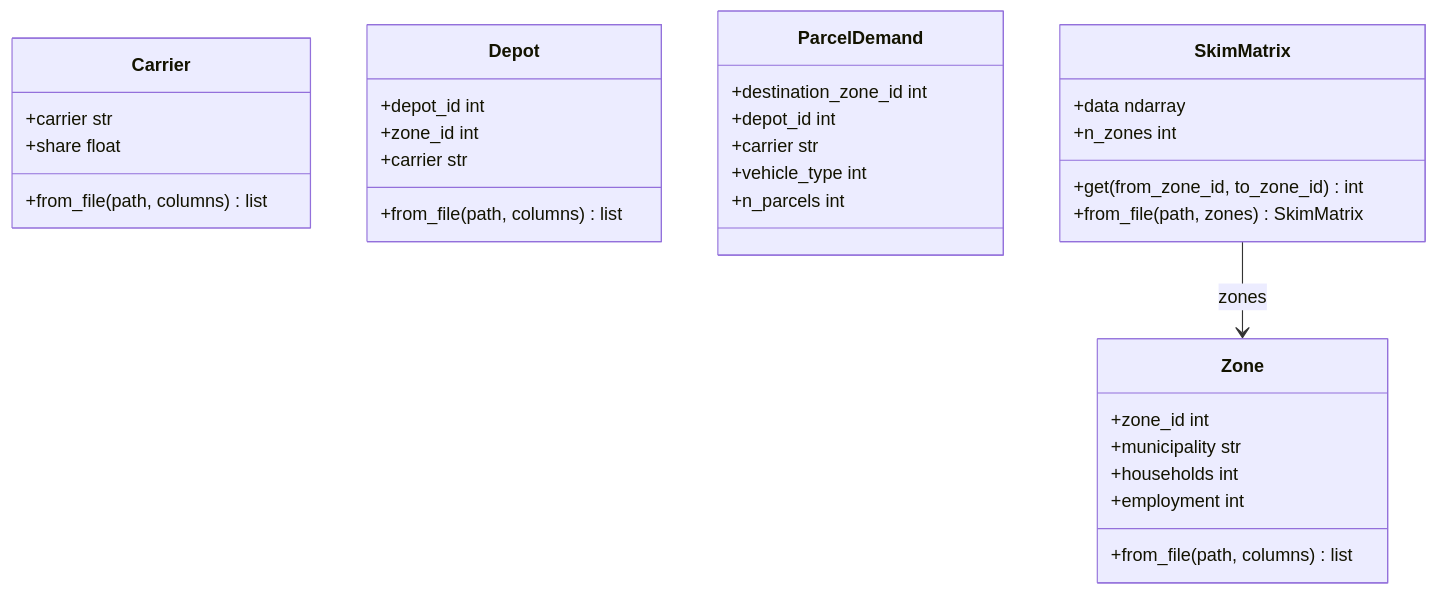
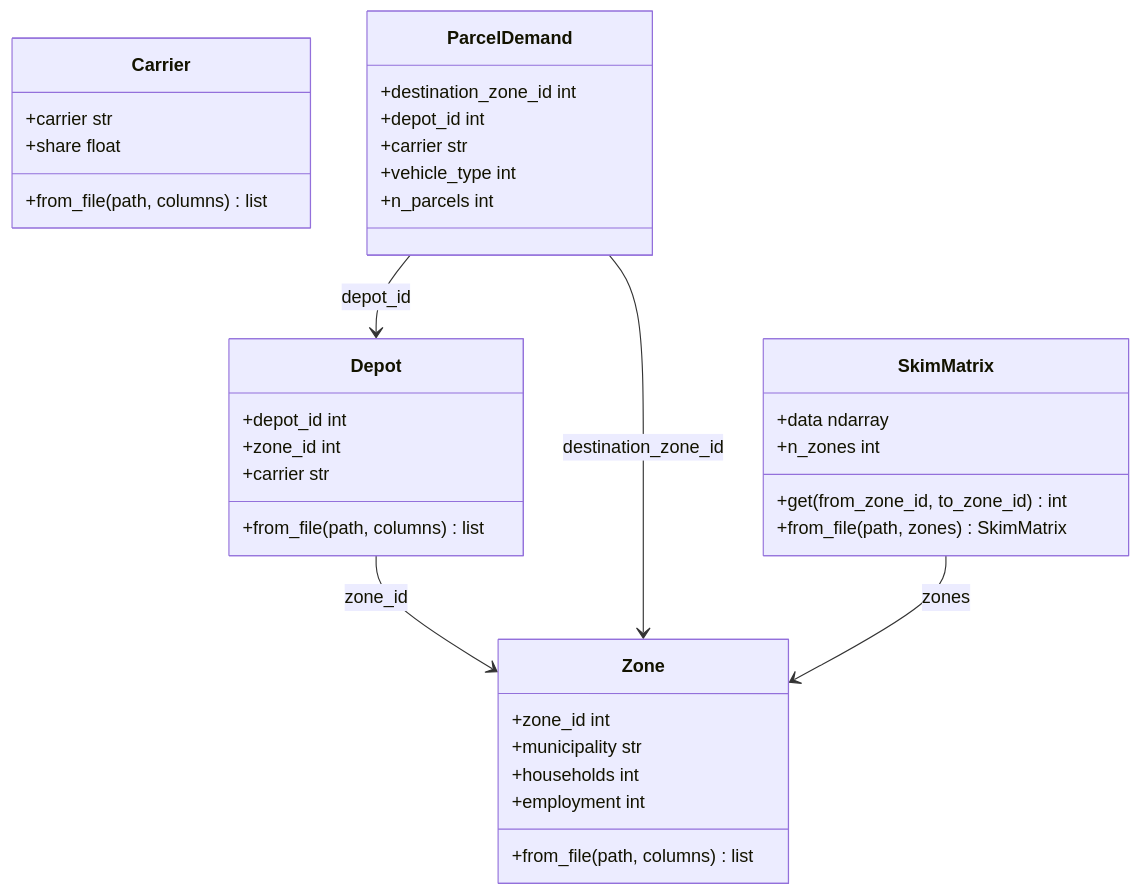
The diagram in README.md (hcubasd/urban-dollop), drawn with Mermaid before and after one commit.

Commit message:
Restore association arrows in class diagram

````diff
--- a/README.md
+++ b/README.md
@@ -18,40 +18,43 @@
 ```mermaid
 classDiagram
     class Zone {
         +zone_id int
         +municipality str
         +households int
         +employment int
         +from_file(path, columns) list
     }
 
     class Carrier {
         +carrier str
         +share float
         +from_file(path, columns) list
     }
 
     class Depot {
         +depot_id int
         +zone_id int
         +carrier str
         +from_file(path, columns) list
     }
 
     class ParcelDemand {
         +destination_zone_id int
         +depot_id int
         +carrier str
         +vehicle_type int
         +n_parcels int
     }
 
     class SkimMatrix {
         +data ndarray
         +n_zones int
         +get(from_zone_id, to_zone_id) int
         +from_file(path, zones) SkimMatrix
     }
 
+    Depot --> Zone : zone_id
+    ParcelDemand --> Zone : destination_zone_id
+    ParcelDemand --> Depot : depot_id
     SkimMatrix --> Zone : zones
 ```
````
